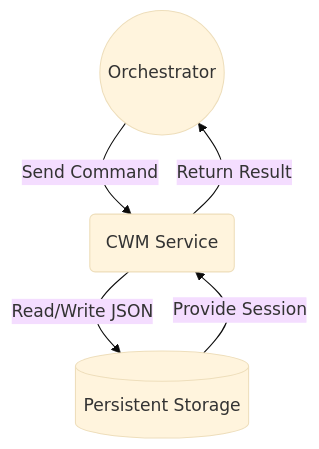
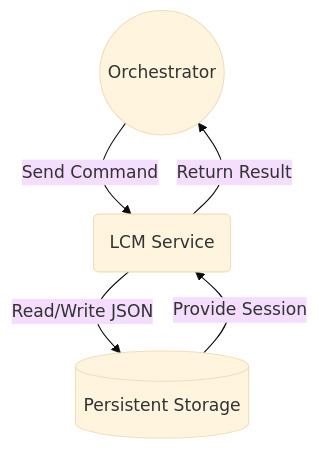
Before and after one commit to Squirrelthug/lilith-context-manager: the diagram in README.md, drawn with Mermaid (base theme).

Commit message:
Update README.md
fixed typo in mermaid diagram

````diff
--- a/README.md
+++ b/README.md
@@ -48,7 +48,7 @@
 ```mermaid
 graph TD
-A((Orchestrator)) -->|Send Command| B(CWM Service)
+A((Orchestrator)) -->|Send Command| B(LCM Service)
 B -->|Read/Write JSON| C[(Persistent Storage)]
 C -->|Provide Session| B
 B -->|Return Result| A
 ```
````
